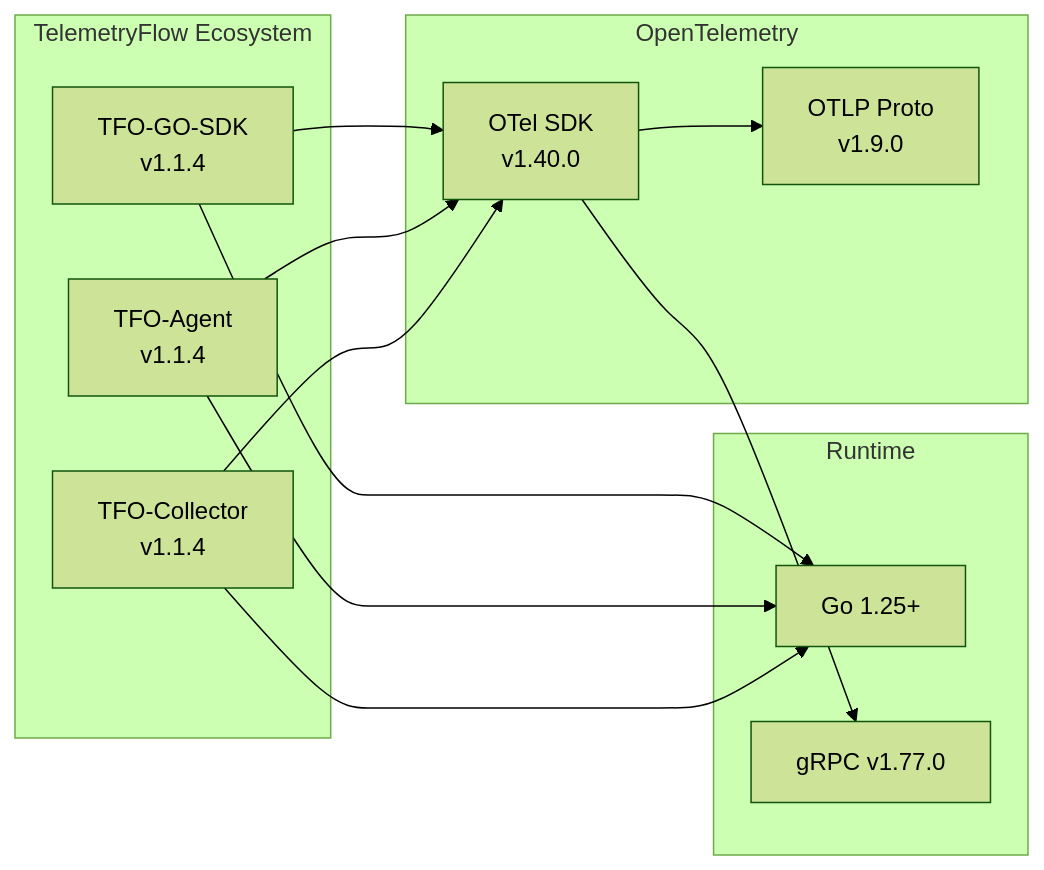
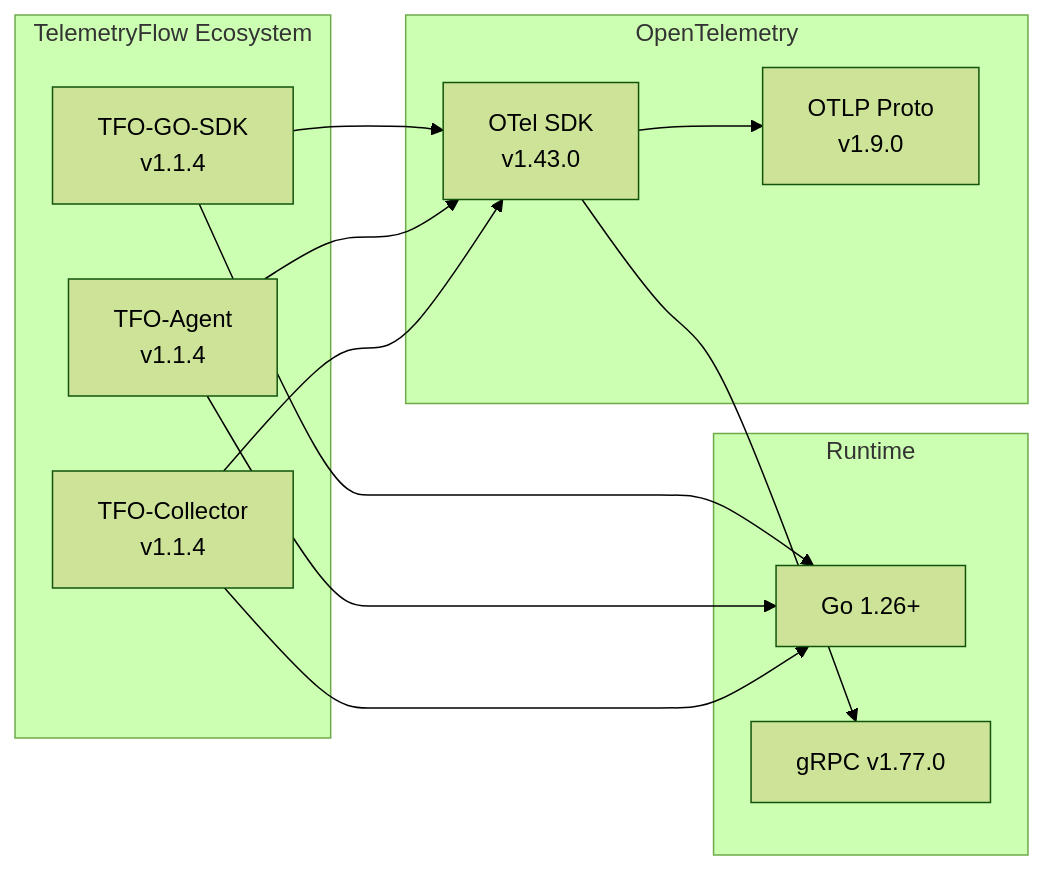
Before and after one commit to telemetryflow/telemetryflow-agent: diagram 13 of 13 in docs/ARCHITECTURE.md, drawn with Mermaid (forest theme). The commit also changed other lines of this file and 4 other files, not shown here.

````diff
--- a/docs/ARCHITECTURE.md
+++ b/docs/ARCHITECTURE.md
@@ -511,29 +530,29 @@
 ```mermaid
 graph LR
     subgraph "TelemetryFlow Ecosystem"
         SDK[TFO-GO-SDK<br/>v1.1.4]
         AGENT[TFO-Agent<br/>v1.1.4]
         COLL[TFO-Collector<br/>v1.1.4]
     end
 
     subgraph "OpenTelemetry"
-        OTEL[OTel SDK<br/>v1.40.0]
+        OTEL[OTel SDK<br/>v1.43.0]
         PROTO[OTLP Proto<br/>v1.9.0]
     end
 
     subgraph "Runtime"
-        GO[Go 1.25+]
+        GO[Go 1.26+]
         GRPC[gRPC v1.77.0]
     end
 
     SDK --> OTEL
     AGENT --> OTEL
     COLL --> OTEL
 
     OTEL --> PROTO
     OTEL --> GRPC
 
     SDK --> GO
     AGENT --> GO
     COLL --> GO
 ```
````
